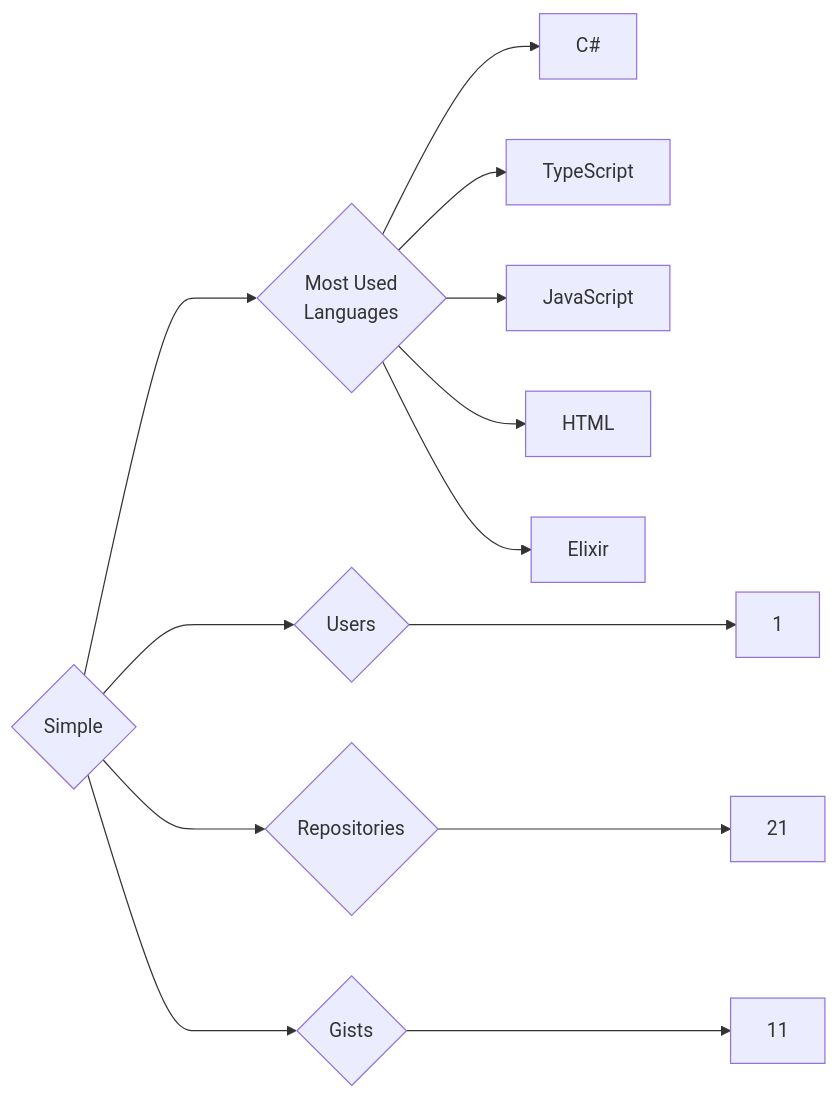
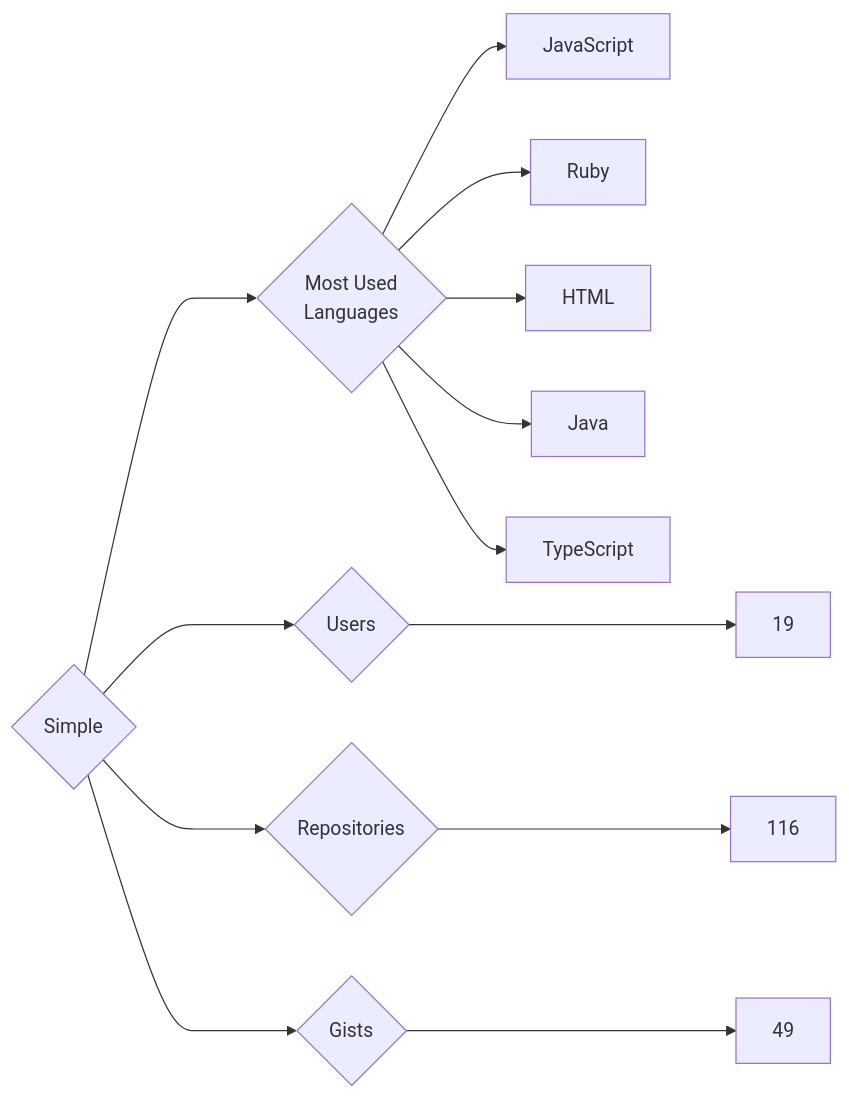
Before and after one commit to trickest/insiders: the diagram in targets/Simple/README.md, drawn with Mermaid. The commit also changed 748 other files, not shown here.

````diff
--- a/targets/Simple/README.md
+++ b/targets/Simple/README.md
@@ -3,13 +3,13 @@
 ```mermaid
 graph LR
 COMPANY_NAME{Simple}
-COMPANY_NAME ---> U{Users} ---> UN[1]
-COMPANY_NAME ---> R{Repositories} ---> RN[21]
-COMPANY_NAME ---> G{Gists} ---> GN[11]
+COMPANY_NAME ---> U{Users} ---> UN[19]
+COMPANY_NAME ---> R{Repositories} ---> RN[116]
+COMPANY_NAME ---> G{Gists} ---> GN[49]
 COMPANY_NAME ---> ML{Most Used<br>Languages}
-ML --> C#[C#]
+ML --> JavaScript[JavaScript]
+ML --> Ruby[Ruby]
+ML --> HTML[HTML]
+ML --> Java[Java]
 ML --> TypeScript[TypeScript]
-ML --> JavaScript[JavaScript]
-ML --> HTML[HTML]
-ML --> Elixir[Elixir]
 ```
````
